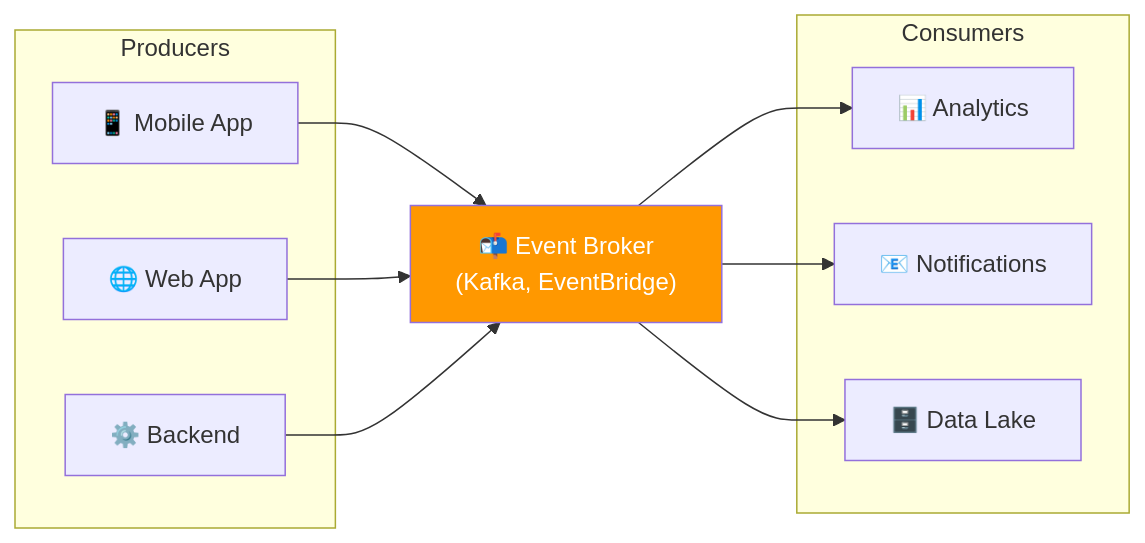
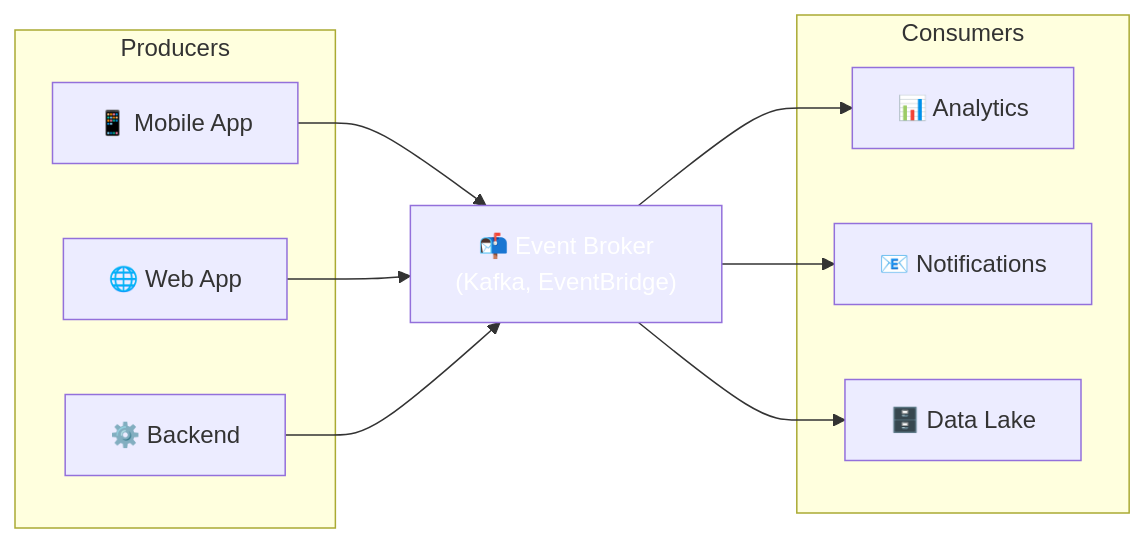
Diagram 13 of 14 in docs/formations/cloud-fundamentals/05-module.md (VBlackJack/ShellBook), drawn with Mermaid before and after one commit. The commit also changed other lines of this file and 337 other files, not shown here.

First line of the commit message:
refactor(docs): Standardize code blocks and Mermaid colors

````diff
--- a/docs/formations/cloud-fundamentals/05-module.md
+++ b/docs/formations/cloud-fundamentals/05-module.md
@@ -389,25 +389,25 @@
 ```mermaid
 graph LR
     subgraph "Producers"
         P1["📱 Mobile App"]
         P2["🌐 Web App"]
         P3["⚙️ Backend"]
     end
 
     BROKER["📬 Event Broker<br/>(Kafka, EventBridge)"]
 
     subgraph "Consumers"
         C1["📊 Analytics"]
         C2["📧 Notifications"]
         C3["🗄️ Data Lake"]
     end
 
     P1 --> BROKER
     P2 --> BROKER
     P3 --> BROKER
     BROKER --> C1
     BROKER --> C2
     BROKER --> C3
 
-    style BROKER fill:#ff9800,color:#fff
+    style BROKER fill:#FF9800800800,color:#fff
 ```
````
